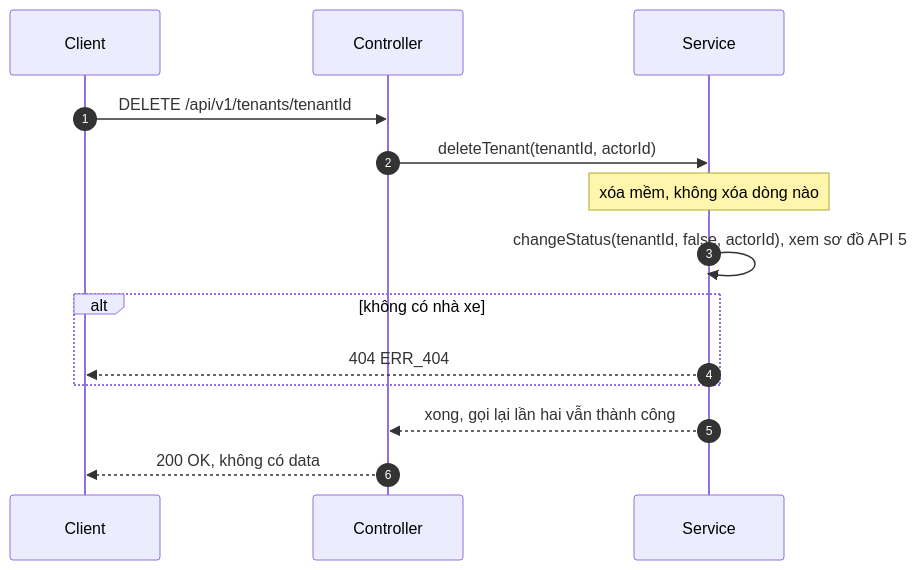
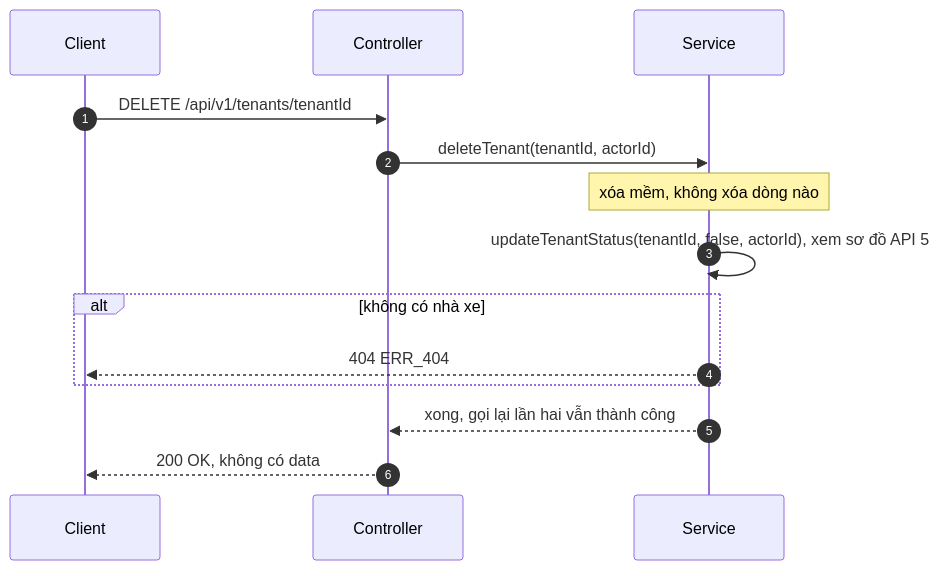
Before and after one commit to foodboi88/car-rental-saas: the eighth of 11 diagrams in docs/plans/tenant/2026-10-19-tenant-api-spec.md, drawn with Mermaid. The commit also changed other lines of this file and 9 other files, not shown here.

````diff
--- a/docs/plans/tenant/2026-10-19-tenant-api-spec.md
+++ b/docs/plans/tenant/2026-10-19-tenant-api-spec.md
@@ -495,16 +481,16 @@
 ```mermaid
 sequenceDiagram
   autonumber
   participant C as Client
   participant K as Controller
   participant S as Service
   C->>K: DELETE /api/v1/tenants/tenantId
   K->>S: deleteTenant(tenantId, actorId)
   Note over S: xóa mềm, không xóa dòng nào
-  S->>S: changeStatus(tenantId, false, actorId), xem sơ đồ API 5
+  S->>S: updateTenantStatus(tenantId, false, actorId), xem sơ đồ API 5
   alt không có nhà xe
     S-->>C: 404 ERR_404
   end
   S-->>K: xong, gọi lại lần hai vẫn thành công
   K-->>C: 200 OK, không có data
 ```
````
